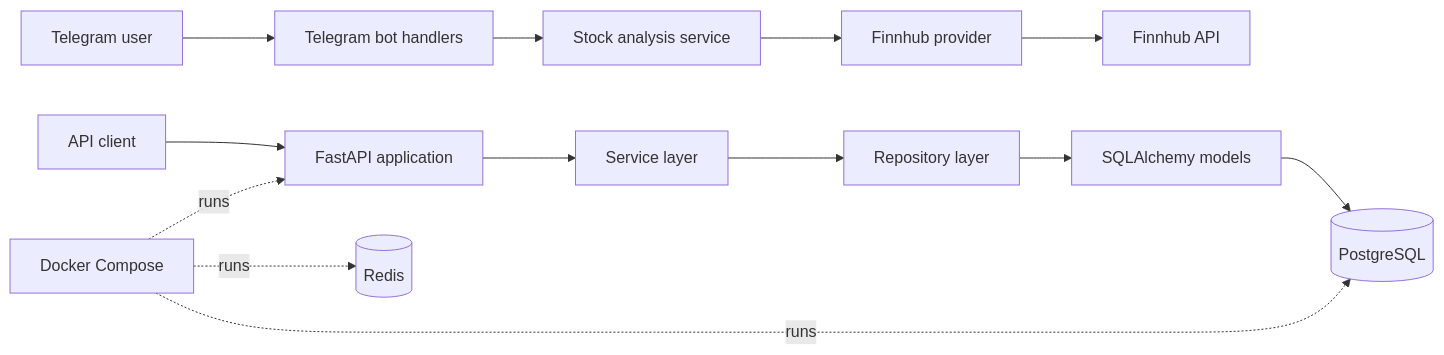
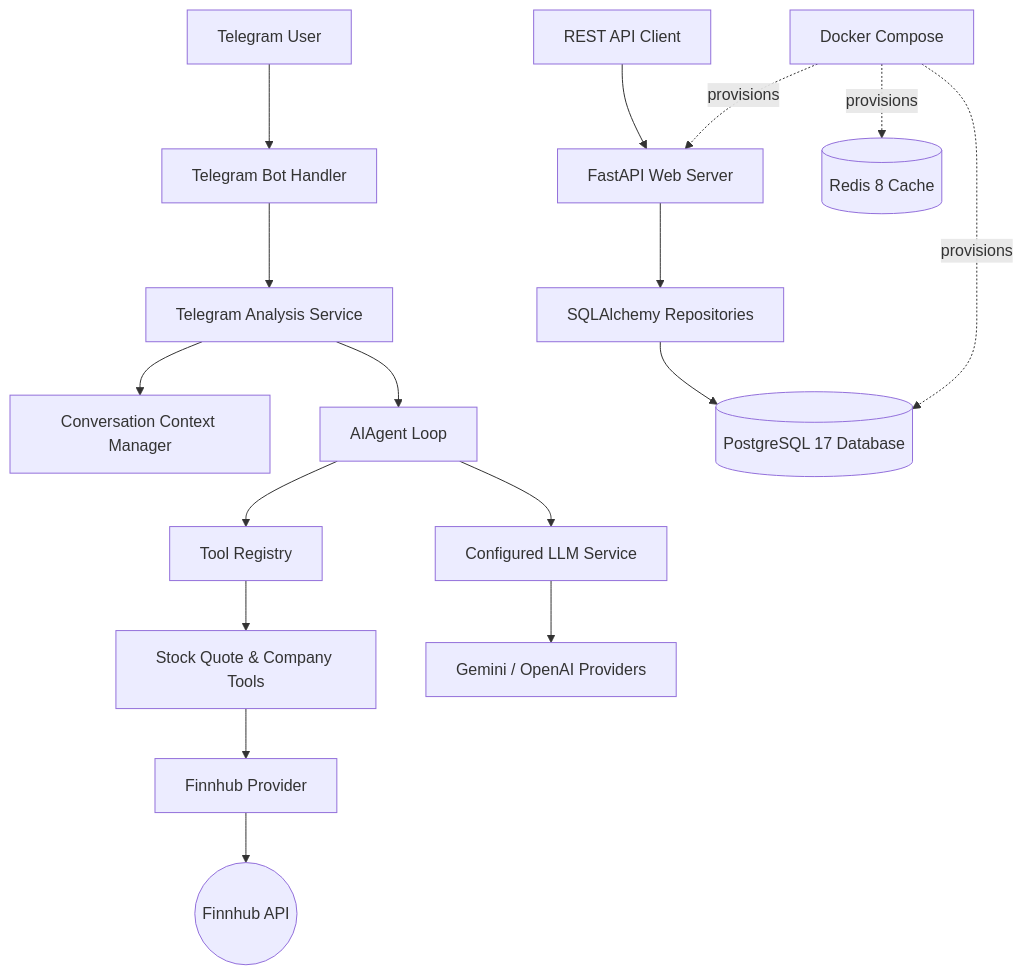
The diagram in README.md (x3ZAB/AlphaMind-AI), drawn with Mermaid before and after one commit. The commit also changed other lines of this file, not shown here.

````diff
--- a/README.md
+++ b/README.md
@@ -25,18 +33,24 @@
 ```mermaid
-flowchart LR
-    User[API client] --> API[FastAPI application]
-    TelegramUser[Telegram user] --> Bot[Telegram bot handlers]
+flowchart TD
+    User[Telegram User] --> Bot[Telegram Bot Handler]
+    Client[REST API Client] --> API[FastAPI Web Server]
 
-    API --> Services[Service layer]
-    Bot --> Analysis[Stock analysis service]
-    Analysis --> Provider[Finnhub provider]
-    Provider --> Finnhub[Finnhub API]
+    Bot --> TelegramService[Telegram Analysis Service]
+    TelegramService --> ContextMgr[Conversation Context Manager]
+    TelegramService --> Agent[AIAgent Loop]
 
-    Services --> Repositories[Repository layer]
-    Repositories --> ORM[SQLAlchemy models]
-    ORM --> Postgres[(PostgreSQL)]
+    Agent --> ToolRegistry[Tool Registry]
+    ToolRegistry --> StockTools[Stock Quote & Company Tools]
+    StockTools --> Finnhub[Finnhub Provider]
+    Finnhub --> FinnhubAPI((Finnhub API))
 
-    AppInfra[Docker Compose] -. runs .-> API
-    AppInfra -. runs .-> Postgres
-    AppInfra -. runs .-> Redis[(Redis)]
+    Agent --> LLMService[Configured LLM Service]
+    LLMService --> LLMProviders[Gemini / OpenAI Providers]
+
+    API --> Repositories[SQLAlchemy Repositories]
+    Repositories --> Postgres[(PostgreSQL 17 Database)]
+
+    AppInfra[Docker Compose] -. provisions .-> API
+    AppInfra -. provisions .-> Postgres
+    AppInfra -. provisions .-> Redis[(Redis 8 Cache)]
 ```
````
